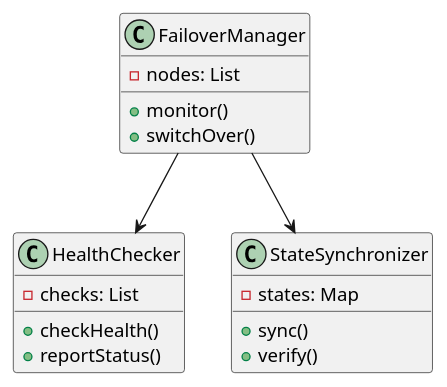
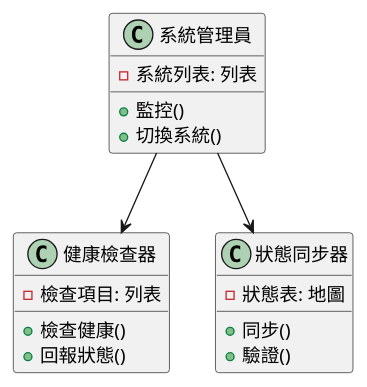
The second of 3 diagrams in doc/learning/architecture/availability_failover_tutorial.md (fine5351/info-sync), drawn with PlantUML before and after one commit. The commit also changed other lines of this file and 35 other files, not shown here.

````diff
--- a/doc/learning/architecture/availability_failover_tutorial.md
+++ b/doc/learning/architecture/availability_failover_tutorial.md
@@ -200,24 +186,24 @@
 ```plantuml
 @startuml
-class FailoverManager {
-    - nodes: List
-    + monitor()
-    + switchOver()
+class 系統管理員 {
+    - 系統列表: 列表
+    + 監控()
+    + 切換系統()
 }
 
-class HealthChecker {
-    - checks: List
-    + checkHealth()
-    + reportStatus()
+class 健康檢查器 {
+    - 檢查項目: 列表
+    + 檢查健康()
+    + 回報狀態()
 }
 
-class StateSynchronizer {
-    - states: Map
-    + sync()
-    + verify()
+class 狀態同步器 {
+    - 狀態表: 地圖
+    + 同步()
+    + 驗證()
 }
 
-FailoverManager --> HealthChecker
-FailoverManager --> StateSynchronizer
+系統管理員 --> 健康檢查器
+系統管理員 --> 狀態同步器
 @enduml
 ```
````
